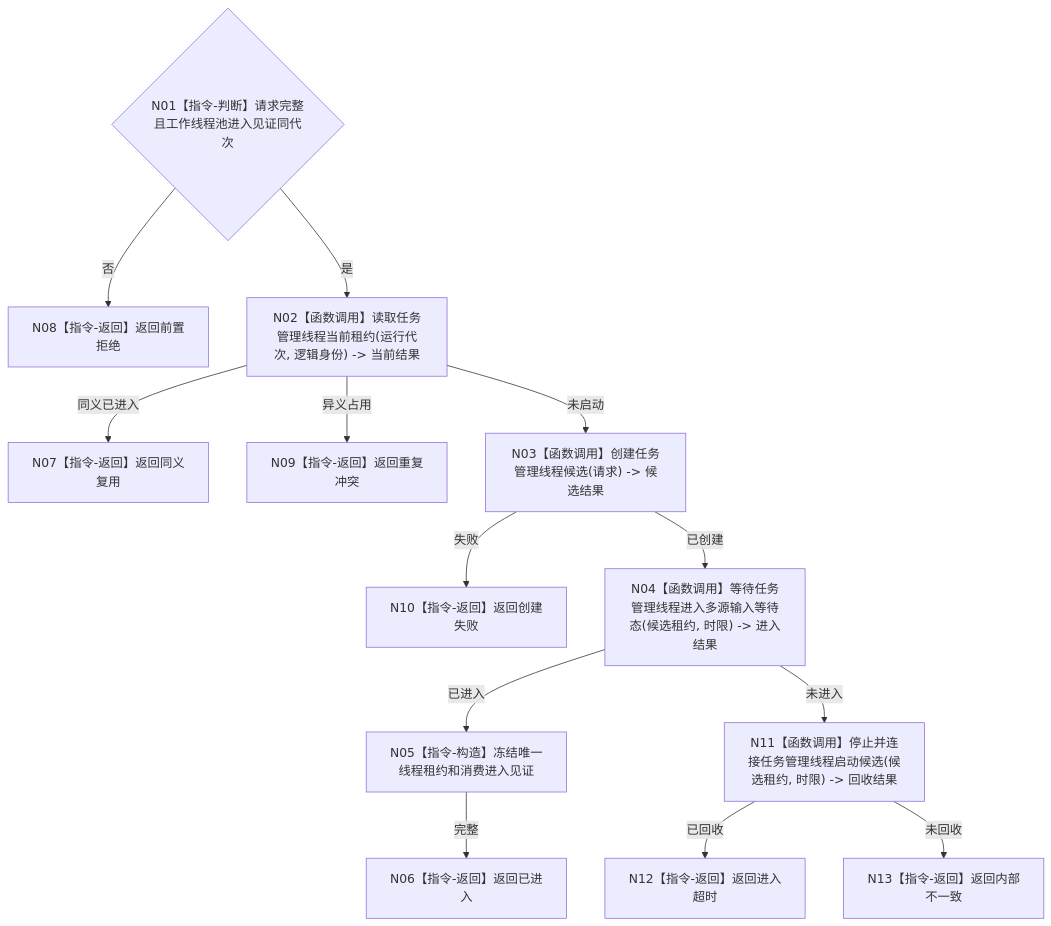
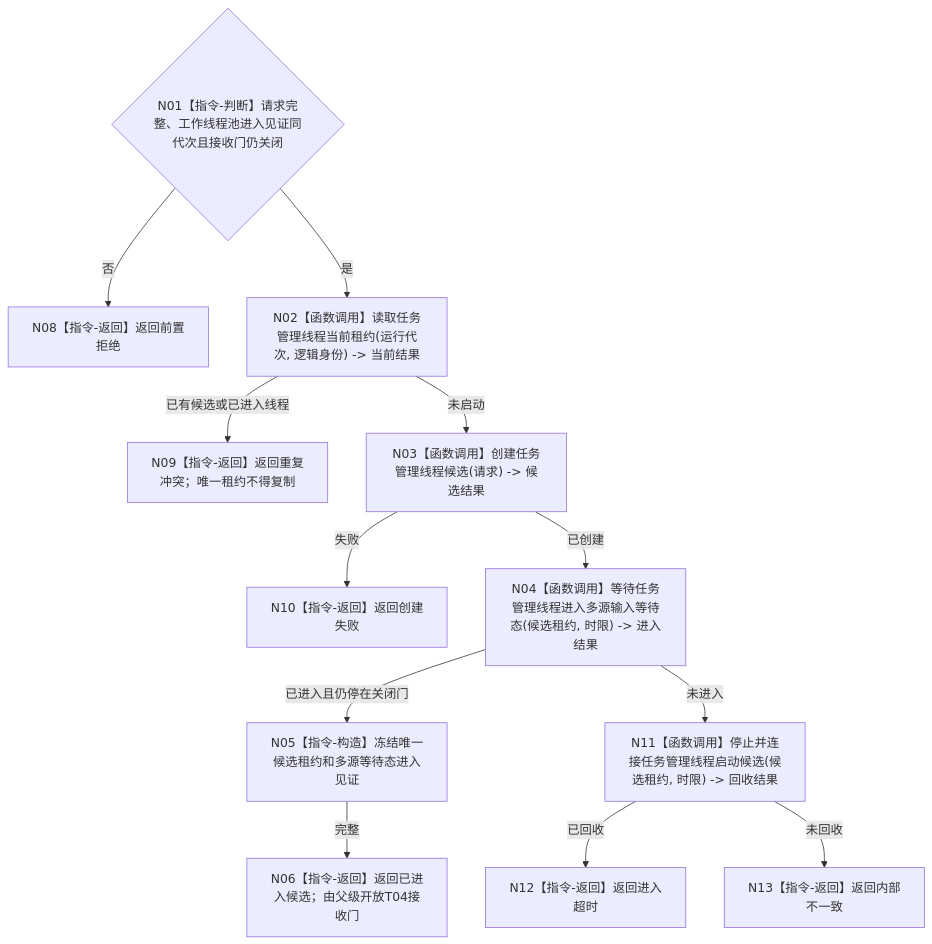
The diagram in 流程图/目标业务流程图/L3/BIZ-L3-001-06-01_启动任务管理线程入口_目标函数流程图_v0.1.md (chunhaizh-cyber/HY-Ego), drawn with Mermaid before and after one commit. The commit also changed other lines of this file and 17 other files, not shown here.

````diff
--- a/流程图/目标业务流程图/L3/BIZ-L3-001-06-01_启动任务管理线程入口_目标函数流程图_v0.1.md
+++ b/流程图/目标业务流程图/L3/BIZ-L3-001-06-01_启动任务管理线程入口_目标函数流程图_v0.1.md
@@ -30,15 +30,14 @@
 ```mermaid
 flowchart TD
-    N01{"N01【指令-判断】请求完整且工作线程池进入见证同代次"} -->|否| N08["N08【指令-返回】返回前置拒绝"]
+    N01{"N01【指令-判断】请求完整、工作线程池进入见证同代次且接收门仍关闭"} -->|否| N08["N08【指令-返回】返回前置拒绝"]
     N01 -->|是| N02["N02【函数调用】读取任务管理线程当前租约(运行代次, 逻辑身份) -> 当前结果"]
-    N02 -->|同义已进入| N07["N07【指令-返回】返回同义复用"]
-    N02 -->|异义占用| N09["N09【指令-返回】返回重复冲突"]
+    N02 -->|已有候选或已进入线程| N09["N09【指令-返回】返回重复冲突；唯一租约不得复制"]
     N02 -->|未启动| N03["N03【函数调用】创建任务管理线程候选(请求) -> 候选结果"]
     N03 -->|失败| N10["N10【指令-返回】返回创建失败"]
     N03 -->|已创建| N04["N04【函数调用】等待任务管理线程进入多源输入等待态(候选租约, 时限) -> 进入结果"]
-    N04 -->|已进入| N05["N05【指令-构造】冻结唯一线程租约和消费进入见证"]
-    N05 -->|完整| N06["N06【指令-返回】返回已进入"]
+    N04 -->|已进入且仍停在关闭门| N05["N05【指令-构造】冻结唯一候选租约和多源等待态进入见证"]
+    N05 -->|完整| N06["N06【指令-返回】返回已进入候选；由父级开放T04接收门"]
     N04 -->|未进入| N11["N11【函数调用】停止并连接任务管理线程启动候选(候选租约, 时限) -> 回收结果"]
     N11 -->|已回收| N12["N12【指令-返回】返回进入超时"]
     N11 -->|未回收| N13["N13【指令-返回】返回内部不一致"]
 ```
````
